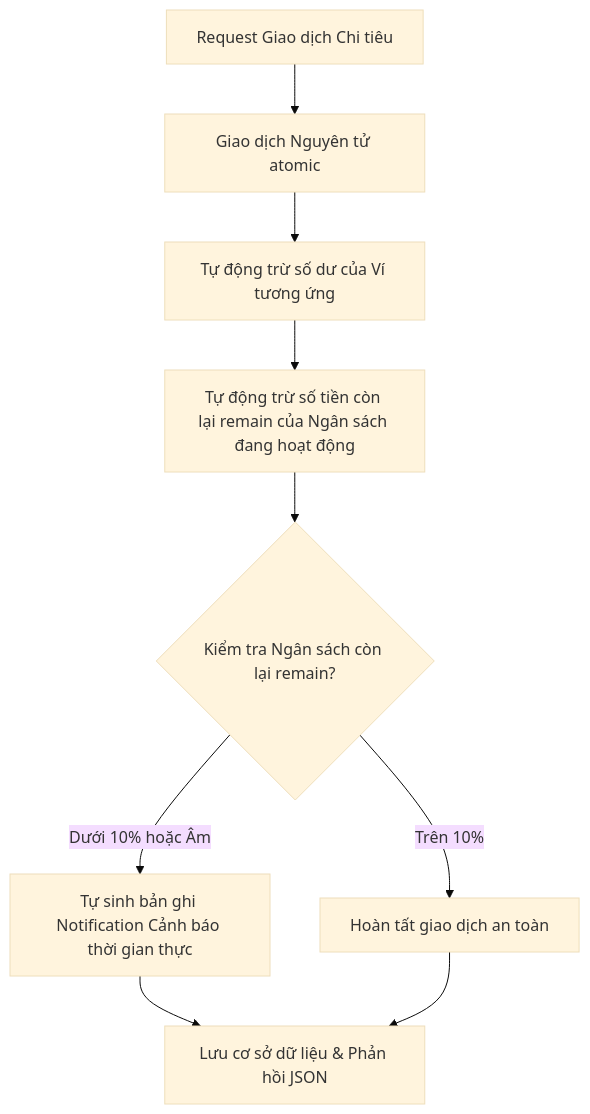
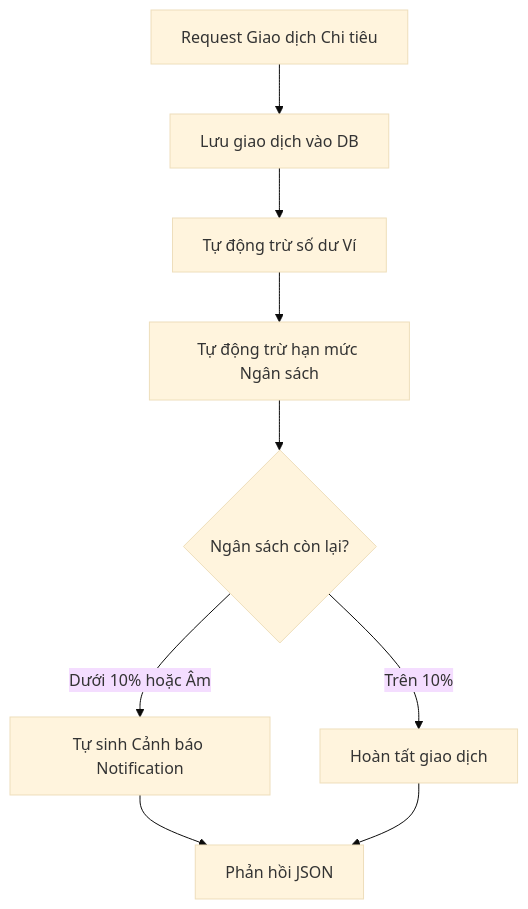
Before and after one commit to Leminhdang/python-money-management: the diagram in README.md, drawn with Mermaid (base theme). The commit also changed other lines of this file, not shown here.

````diff
--- a/README.md
+++ b/README.md
@@ -25,11 +24,11 @@
 ```mermaid
 graph TD
-    A[Request Giao dịch Chi tiêu] --> B[Giao dịch Nguyên tử atomic]
-    B --> C[Tự động trừ số dư của Ví tương ứng]
-    C --> D[Tự động trừ số tiền còn lại remain của Ngân sách đang hoạt động]
-    D --> E{Kiểm tra Ngân sách còn lại remain?}
-    E -- Dưới 10% hoặc Âm --> F[Tự sinh bản ghi Notification Cảnh báo thời gian thực]
-    E -- Trên 10% --> G[Hoàn tất giao dịch an toàn]
-    F --> H[Lưu cơ sở dữ liệu & Phản hồi JSON]
+    A[Request Giao dịch Chi tiêu] --> B[Lưu giao dịch vào DB]
+    B --> C[Tự động trừ số dư Ví]
+    C --> D[Tự động trừ hạn mức Ngân sách]
+    D --> E{Ngân sách còn lại?}
+    E -- Dưới 10% hoặc Âm --> F[Tự sinh Cảnh báo Notification]
+    E -- Trên 10% --> G[Hoàn tất giao dịch]
+    F --> H[Phản hồi JSON]
     G --> H
 ```
````
